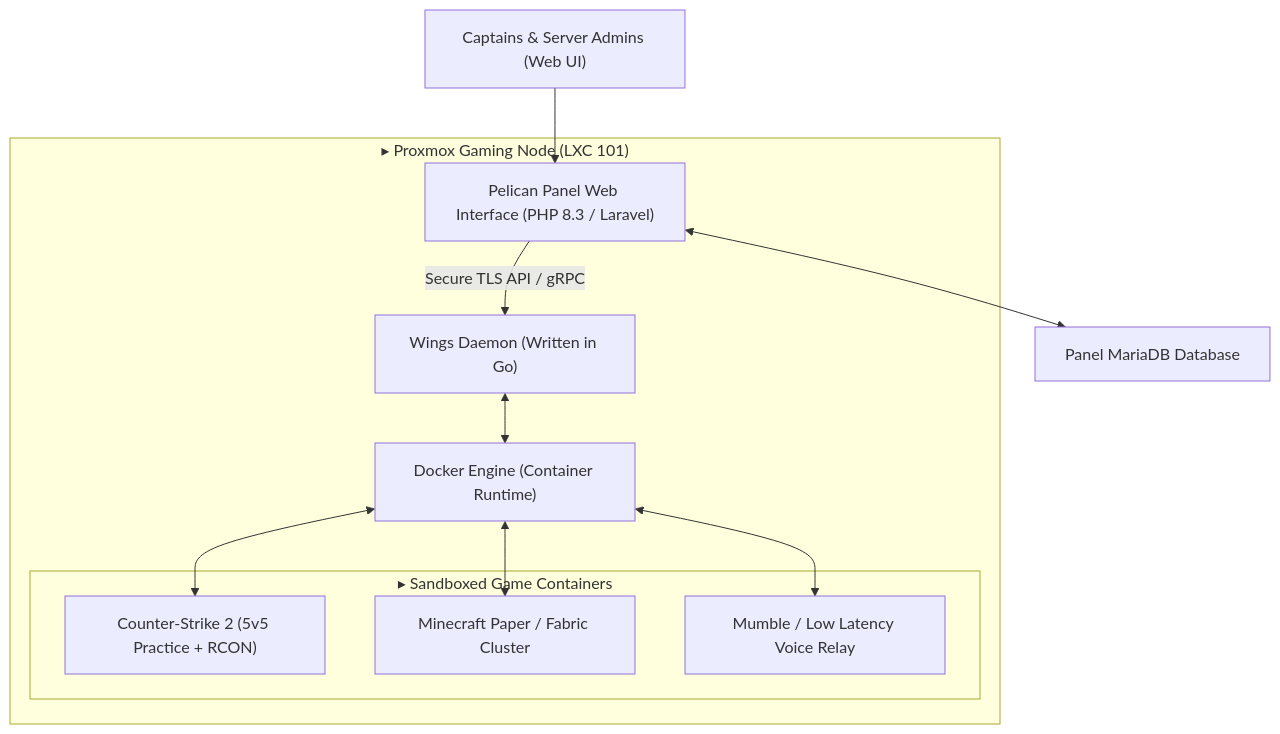
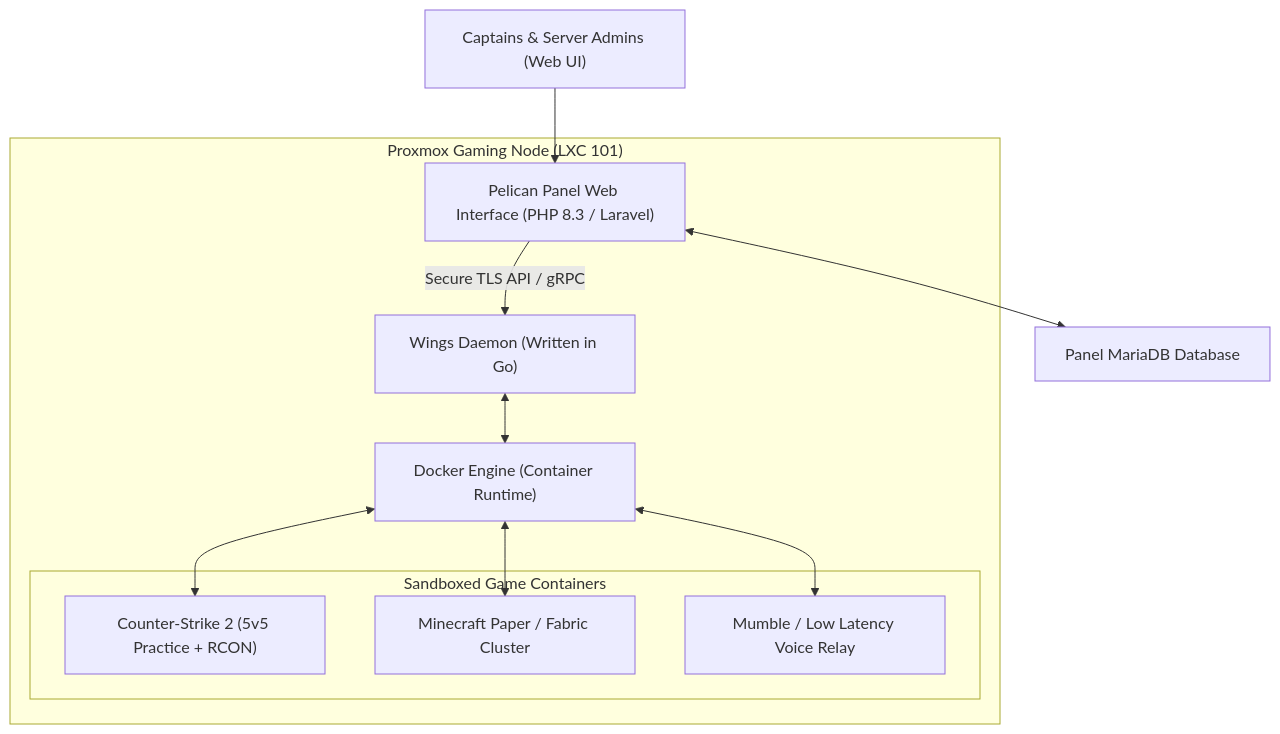
One commit to IAndrexI/documentation changed the diagram in docs/apps/services/pelican.md. Above: the diagram before and after it, drawn with Mermaid. The commit also changed other lines of this file and 39 other files, not shown here.

````diff
--- a/docs/apps/services/pelican.md
+++ b/docs/apps/services/pelican.md
@@ -7,20 +7,20 @@
 ```mermaid
 graph TD
     User["Captains & Server Admins (Web UI)"] --> Panel["Pelican Panel Web Interface (PHP 8.3 / Laravel)"]
     Panel <--> MySQL["Panel MariaDB Database"]
     
-    subgraph ComputeNode["▸ Proxmox Gaming Node (LXC 101)"]
+    subgraph ComputeNode["Proxmox Gaming Node (LXC 101)"]
         Panel -->|Secure TLS API / gRPC| Wings["Wings Daemon (Written in Go)"]
         Wings <--> DockerEngine["Docker Engine (Container Runtime)"]
         
-        subgraph Containers["▸ Sandboxed Game Containers"]
+        subgraph Containers["Sandboxed Game Containers"]
             CS2["Counter-Strike 2 (5v5 Practice + RCON)"]
             MC["Minecraft Paper / Fabric Cluster"]
             Voice["Mumble / Low Latency Voice Relay"]
         end
         
         DockerEngine <--> CS2
         DockerEngine <--> MC
         DockerEngine <--> Voice
     end
 ```
````
